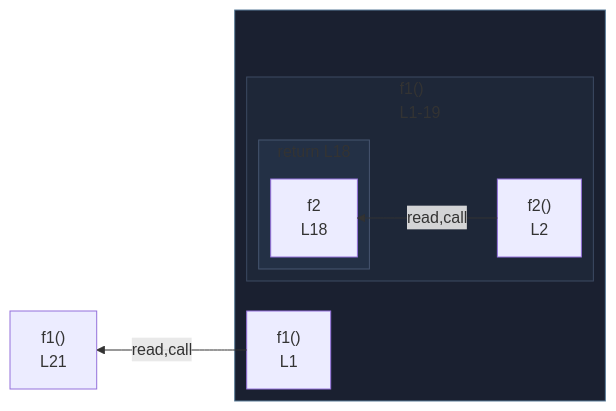
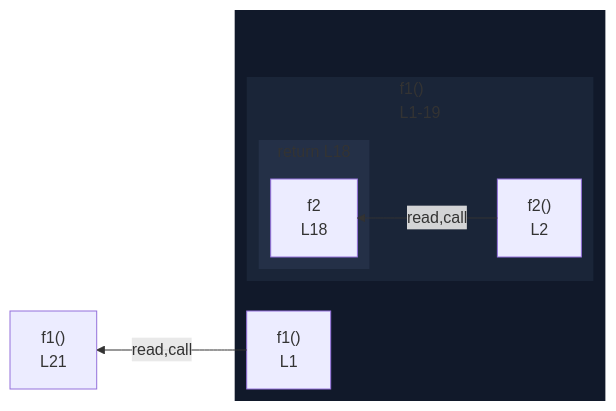
One commit to crescware/unsnarl changed the diagram in integration/fixtures/app-behavior/depth/function/depth-1/preview.md. Above: the diagram before and after it, drawn with Mermaid. The commit also changed 263 other files, not shown here.

First line of the commit message:
Drop fnWrap class and color function wrappers via the nest palette

````diff
--- a/integration/fixtures/app-behavior/depth/function/depth-1/preview.md
+++ b/integration/fixtures/app-behavior/depth/function/depth-1/preview.md
@@ -37,25 +37,25 @@
 ```mermaid
 %%{init: {"flowchart": {"defaultRenderer": "elk"}}}%%
 flowchart RL
   subgraph wrap_s_scope_1[" "]
     direction TB
     n_scope_0_f1_9["f1()<br/>L1"]
     subgraph s_scope_1["f1()<br/>L1-19"]
       direction RL
       n_scope_1_f2_27["f2()<br/>L2"]
       subgraph s_return_scope_0_f1_9_295_307["return L18"]
         direction RL
         ret_use_ref_6["f2<br/>L18"]
       end
     end
   end
   n_scope_1_f2_27 -->|read,call| ret_use_ref_6
   n_scope_0_f1_9 -->|read,call| expr_stmt_311
   expr_stmt_311["f1()<br/>L21"]
-  classDef fnWrap fill:#1a2030,stroke:#5a7d99;
-  class wrap_s_scope_1 fnWrap;
-  classDef nestL1 fill:#1e2738,stroke:#3d4a63;
-  class s_scope_1 nestL1;
-  classDef nestL2 fill:#233045,stroke:#475670;
-  class s_return_scope_0_f1_9_295_307 nestL2;
+  classDef nestL1 fill:#11192a,stroke:transparent;
+  class wrap_s_scope_1 nestL1;
+  classDef nestL2 fill:#1a2538,stroke:transparent;
+  class s_scope_1 nestL2;
+  classDef nestL3 fill:#243047,stroke:transparent;
+  class s_return_scope_0_f1_9_295_307 nestL3;
 ```
````
